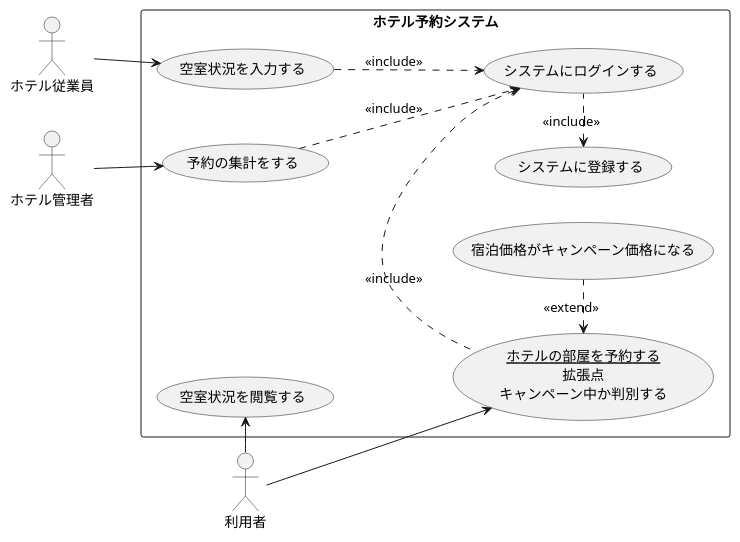
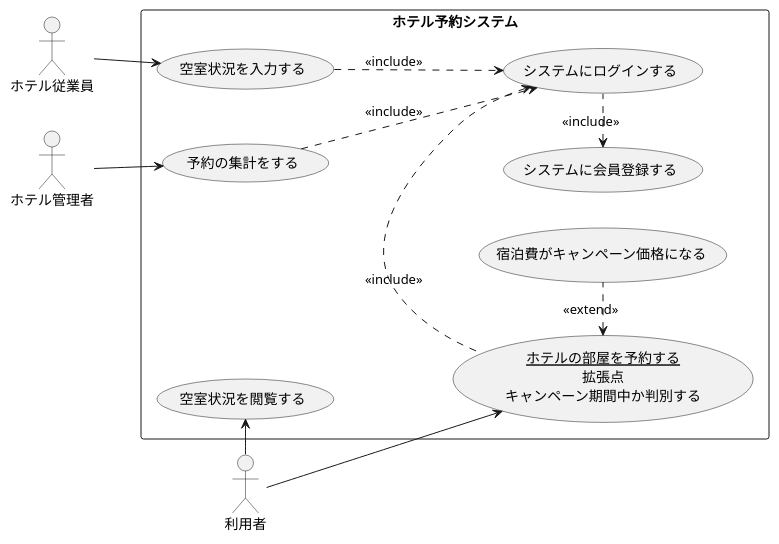
One commit to moppechan/uml_introduction changed the diagram in 演習2-8_UC_ホテル予約システム.pu. Above: the diagram before and after it, drawn with PlantUML.

Commit message:
修正

```diff
--- a/演習2-8_UC_ホテル予約システム.pu
+++ b/演習2-8_UC_ホテル予約システム.pu
@@ -1,24 +1,24 @@
 @startuml ホテル予約システム
 left to right direction
 actor 利用者
 actor ホテル従業員
 actor ホテル管理者
 rectangle ホテル予約システム{
 usecase 空室状況を閲覧する
 usecase 空室状況を入力する
 usecase 予約の集計をする
 usecase システムにログインする
-usecase システムに登録する
-usecase (<u>ホテルの部屋を予約する</u>\n拡張点\nキャンペーン中か判別する) as input
-usecase 宿泊価格がキャンペーン価格になる
+usecase システムに会員登録する
+usecase (<u>ホテルの部屋を予約する</u>\n拡張点\nキャンペーン期間中か判別する) as input
+usecase 宿泊費がキャンペーン価格になる
 }
-input <. 宿泊価格がキャンペーン価格になる : <<extend>>
+input <. 宿泊費がキャンペーン価格になる : <<extend>>
 システムにログインする <. input : << include >>
 input <- 利用者
-システムに登録する <. システムにログインする : <<include>>
-利用者 -> 空室状況を閲覧する
+システムに会員登録する <. システムにログインする : <<include>>
+利用者 -right-> 空室状況を閲覧する
 ホテル従業員 --> 空室状況を入力する
 ホテル管理者 --> 予約の集計をする
 空室状況を入力する ..> システムにログインする : <<include>>
 予約の集計をする ..> システムにログインする : <<include>>
 @enduml
```
